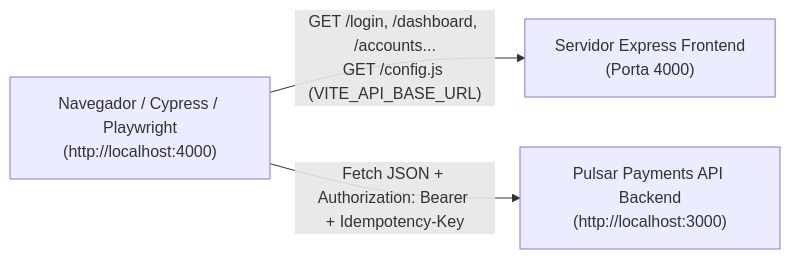
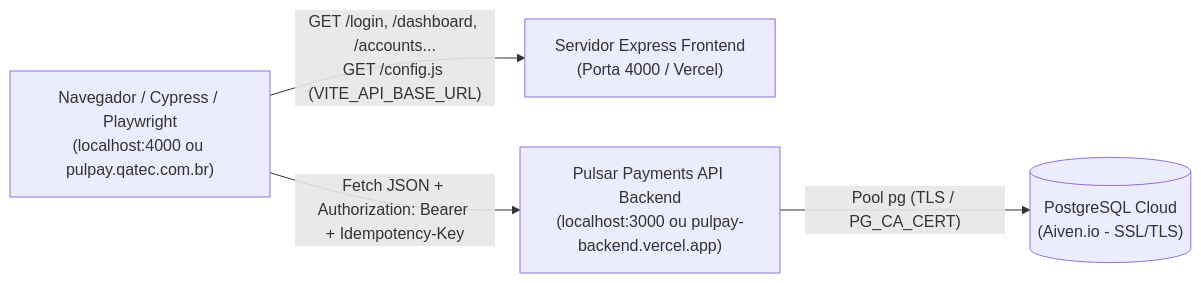
One commit to dennysmatos/mts20t5-ppp-pulpay-frontend changed the diagram in README.md. Above: the diagram before and after it, drawn with Mermaid. The commit also changed other lines of this file and 3 other files, not shown here.

Commit message:
fix(config): conecta frontend na Vercel ao backend produtivo com PostgreSQL Aiven e atualiza documentacao

````diff
--- a/README.md
+++ b/README.md
@@ -61,9 +61,11 @@
 ```mermaid
 flowchart LR
-    Browser["Navegador / Cypress / Playwright\n(http://localhost:4000)"]
-    ExpressFE["Servidor Express Frontend\n(Porta 4000)"]
-    BackendAPI["Pulsar Payments API Backend\n(http://localhost:3000)"]
+    Browser["Navegador / Cypress / Playwright\n(localhost:4000 ou pulpay.qatec.com.br)"]
+    ExpressFE["Servidor Express Frontend\n(Porta 4000 / Vercel)"]
+    BackendAPI["Pulsar Payments API Backend\n(localhost:3000 ou pulpay-backend.vercel.app)"]
+    AivenPG[("PostgreSQL Cloud\n(Aiven.io - SSL/TLS)")]
 
     Browser -- "GET /login, /dashboard, /accounts...\nGET /config.js (VITE_API_BASE_URL)" --> ExpressFE
     Browser -- "Fetch JSON + Authorization: Bearer <JWT>\n+ Idempotency-Key" --> BackendAPI
+    BackendAPI -- "Pool pg (TLS / PG_CA_CERT)" --> AivenPG
 ```
````
